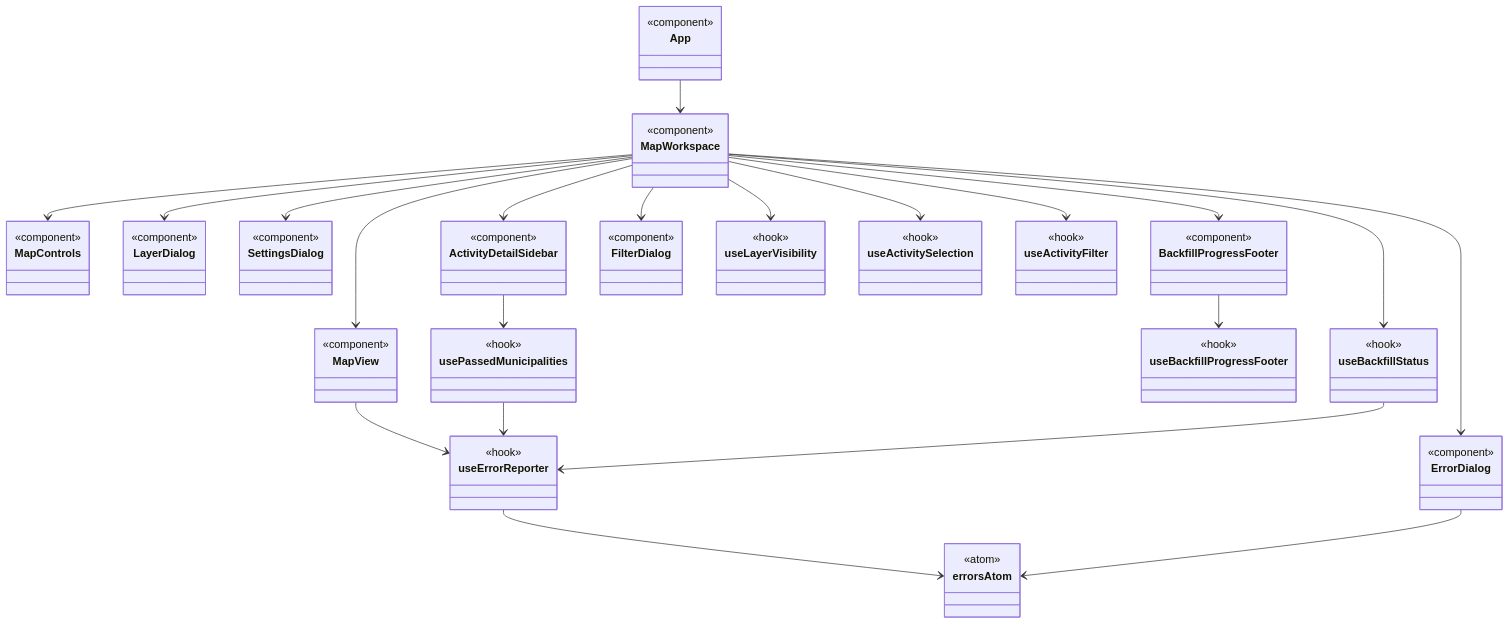
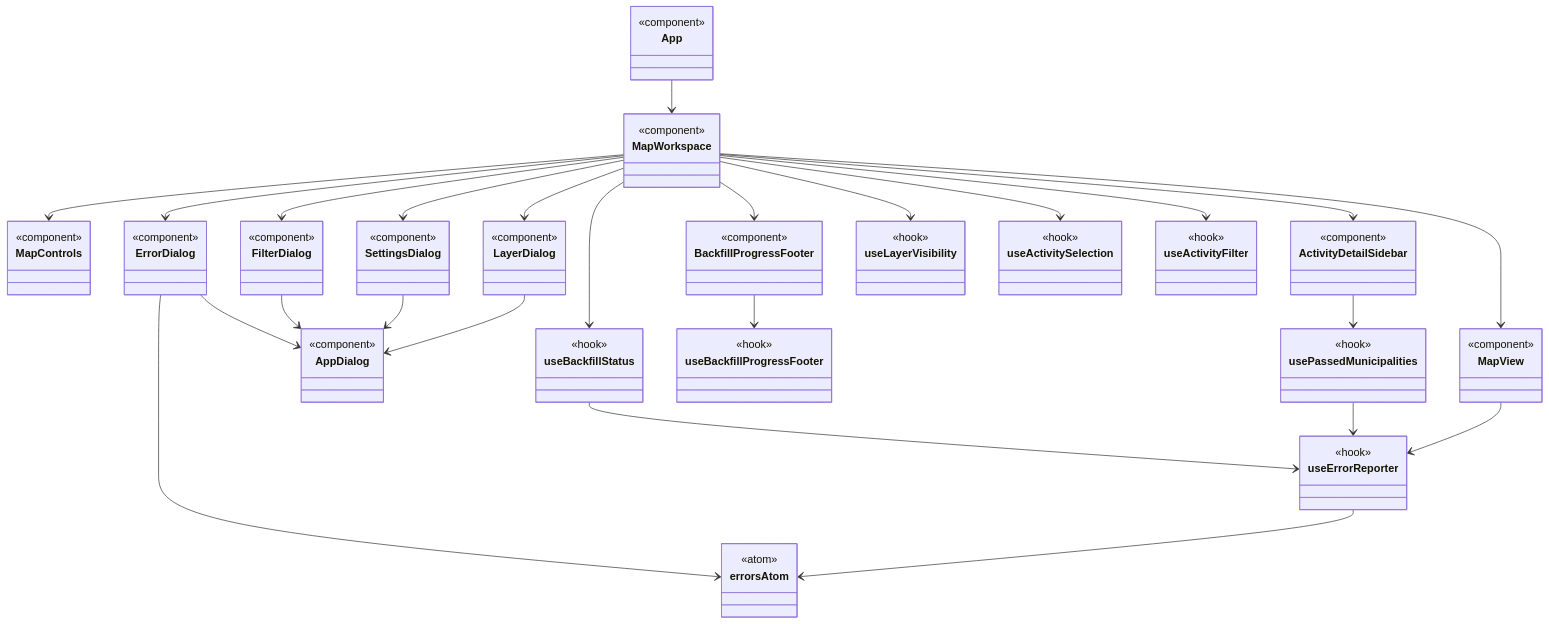
Before and after one commit to hyoiutu/geoInfo_viewer: the third of 3 diagrams in designs/class_diagram.md, drawn with Mermaid. The commit also changed other lines of this file and 7 other files, not shown here.

````diff
--- a/designs/class_diagram.md
+++ b/designs/class_diagram.md
@@ -134,6 +134,9 @@
         <<component>>
     }
     class ErrorDialog {
+        <<component>>
+    }
+    class AppDialog {
         <<component>>
     }
     class useLayerVisibility {
@@ -181,4 +184,8 @@
     useBackfillStatus --> useErrorReporter
     useErrorReporter --> errorsAtom
     ErrorDialog --> errorsAtom
+    LayerDialog --> AppDialog
+    SettingsDialog --> AppDialog
+    FilterDialog --> AppDialog
+    ErrorDialog --> AppDialog
 ```
````
